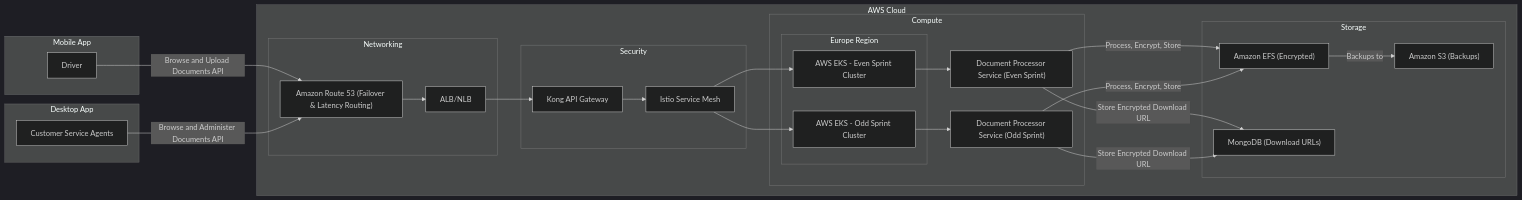
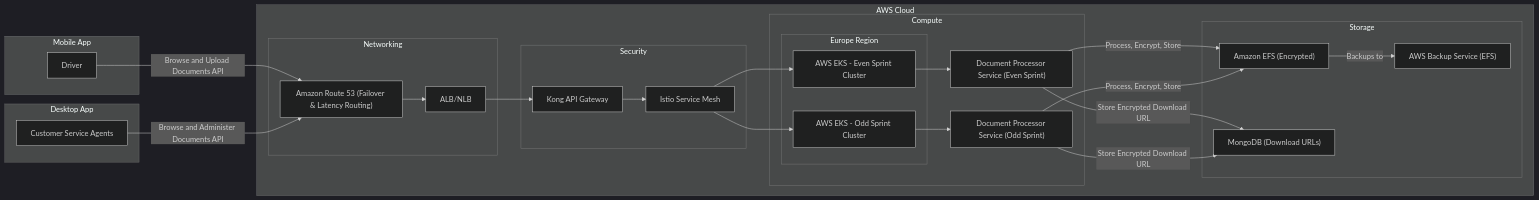
The second of 2 diagrams in NewArchitecture.md (FedericoDelSaz/sre-test), drawn with Mermaid (dark theme) before and after one commit. The commit also changed other lines of this file and 1 other file, not shown here.

Commit message:
fix diagrams

````diff
--- a/NewArchitecture.md
+++ b/NewArchitecture.md
@@ -61,45 +63,45 @@
 ```mermaid
 graph LR
   subgraph "Mobile App"
     Drivers["Driver"]
   end
   subgraph "Desktop App"
     Agents["Customer Service Agents"]
   end
   subgraph "AWS Cloud"
     subgraph "Networking"
       Route53["Amazon Route 53 (Failover & Latency Routing)"]
       ALB["ALB/NLB"]
     end
     subgraph "Security"
       Kong["Kong API Gateway"]
       Istio["Istio Service Mesh"]
     end
     subgraph "Compute"
       subgraph "Europe Region"
         EKS1["AWS EKS - Even Sprint Cluster"]
         EKS2["AWS EKS - Odd Sprint Cluster"]
       end
       DocService1["Document Processor Service (Even Sprint)"]
       DocService2["Document Processor Service (Odd Sprint)"]
     end
     subgraph "Storage"
       EFS["Amazon EFS (Encrypted)"]
-      S3["Amazon S3 (Backups)"]
       MongoDB["MongoDB (Download URLs)"]
+      AWSBackup["AWS Backup Service (EFS)"]
     end
   end
 
   Drivers-- "Browse and Upload Documents API" -->Route53
   Agents-- "Browse and Administer Documents API" -->Route53
   Route53 --> ALB
   ALB --> Kong
   Kong --> Istio
   Istio --> EKS1 & EKS2
   EKS1 --> DocService1
   EKS2 --> DocService2
   DocService1 & DocService2-- "Process, Encrypt, Store" --> EFS
   DocService1 & DocService2-- "Store Encrypted Download URL" --> MongoDB
-  EFS-- "Backups to" --> S3
+  EFS-- "Backups to" --> AWSBackup
 
 ```
````
